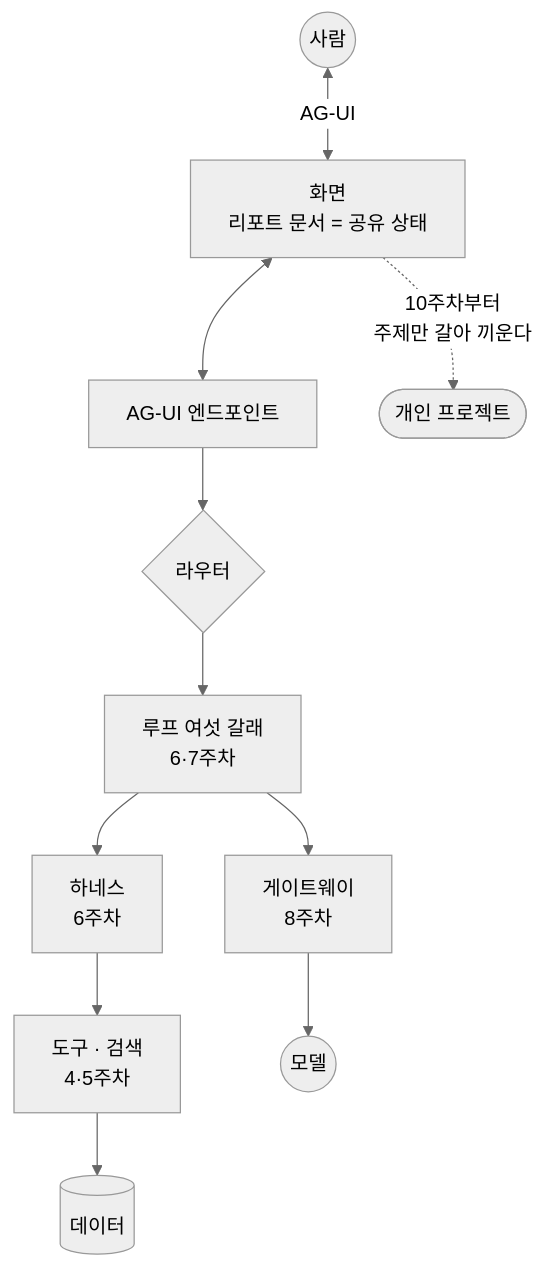
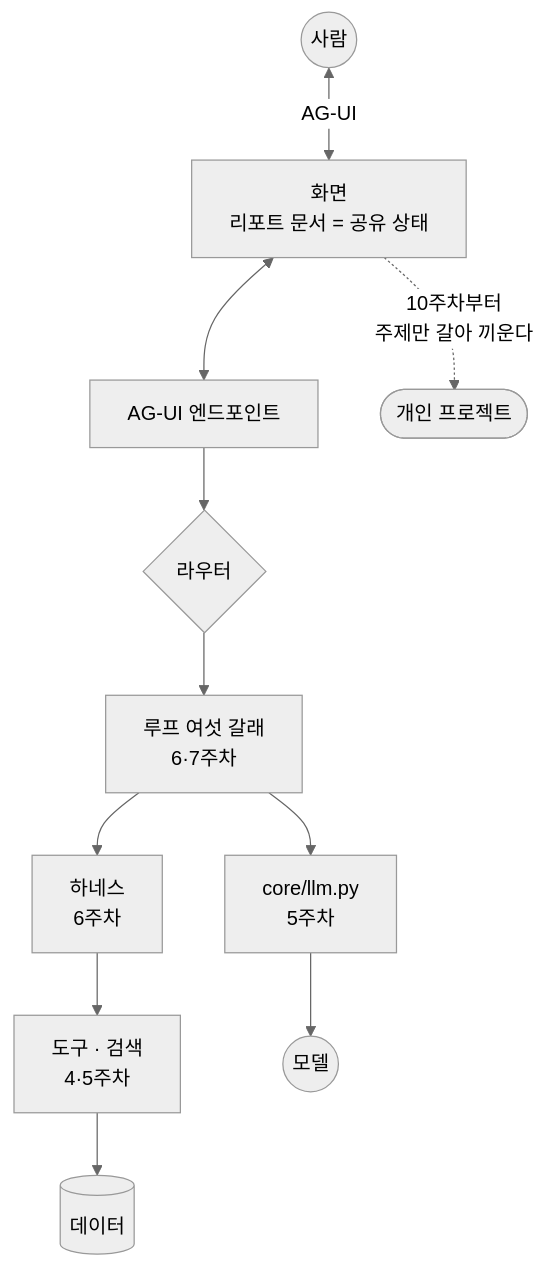
One commit to 2026-ai-service-engineering-a/ai_service_engineering-track_a changed diagram 21 of 21 in site/src/content/courses/ko/session-09/index.mdx. Above: the diagram before and after it, drawn with Mermaid (neutral theme). The commit also changed other lines of this file and 2 other files, not shown here.

````diff
--- a/site/src/content/courses/ko/session-09/index.mdx
+++ b/site/src/content/courses/ko/session-09/index.mdx
@@ -1668,13 +1723,13 @@
 ```mermaid
 flowchart TB
     U(("사람")) <-->|"AG-UI"| W["화면<br/>리포트 문서 = 공유 상태"]
     W <--> A["AG-UI 엔드포인트"]
     A --> R{"라우터"}
     R --> L["루프 여섯 갈래<br/>6·7주차"]
     L --> H["하네스<br/>6주차"]
     H --> T["도구 · 검색<br/>4·5주차"]
     T --> D[("데이터")]
-    L --> G["게이트웨이<br/>8주차"]
+    L --> G["core/llm.py<br/>5주차"]
     G --> M(("모델"))
     W -.->|"10주차부터<br/>주제만 갈아 끼운다"| P(["개인 프로젝트"])
 ```
````
